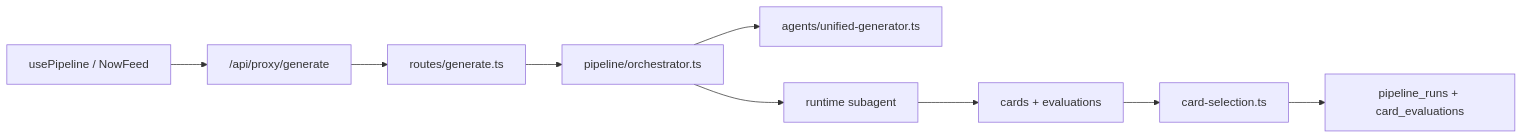
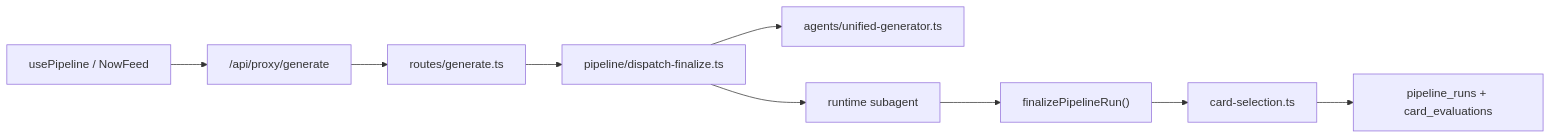
One commit to Edge-AI-HQ/proactive-assistant changed the first of 2 diagrams in docs/modules/generation.mdx. Above: the diagram before and after it, drawn with Mermaid. The commit also changed other lines of this file and 36 other files, not shown here.

First line of the commit message:
refactor(proactive-ai): replace orchestrator with task-based pipeline

````diff
--- a/docs/modules/generation.mdx
+++ b/docs/modules/generation.mdx
@@ -16,11 +16,11 @@
 ```mermaid
 flowchart LR
   UI["usePipeline / NowFeed"] --> Proxy["/api/proxy/generate"]
   Proxy --> Route["routes/generate.ts"]
-  Route --> Pipeline["pipeline/orchestrator.ts"]
-  Pipeline --> Prompt["agents/unified-generator.ts"]
-  Pipeline --> Agent["runtime subagent"]
-  Agent --> Cards["cards + evaluations"]
-  Cards --> Select["card-selection.ts"]
+  Route --> Dispatch["pipeline/dispatch-finalize.ts"]
+  Dispatch --> Prompt["agents/unified-generator.ts"]
+  Dispatch --> Agent["runtime subagent"]
+  Agent --> Finalize["finalizePipelineRun()"]
+  Finalize --> Select["card-selection.ts"]
   Select --> Store["pipeline_runs + card_evaluations"]
 ```
````
